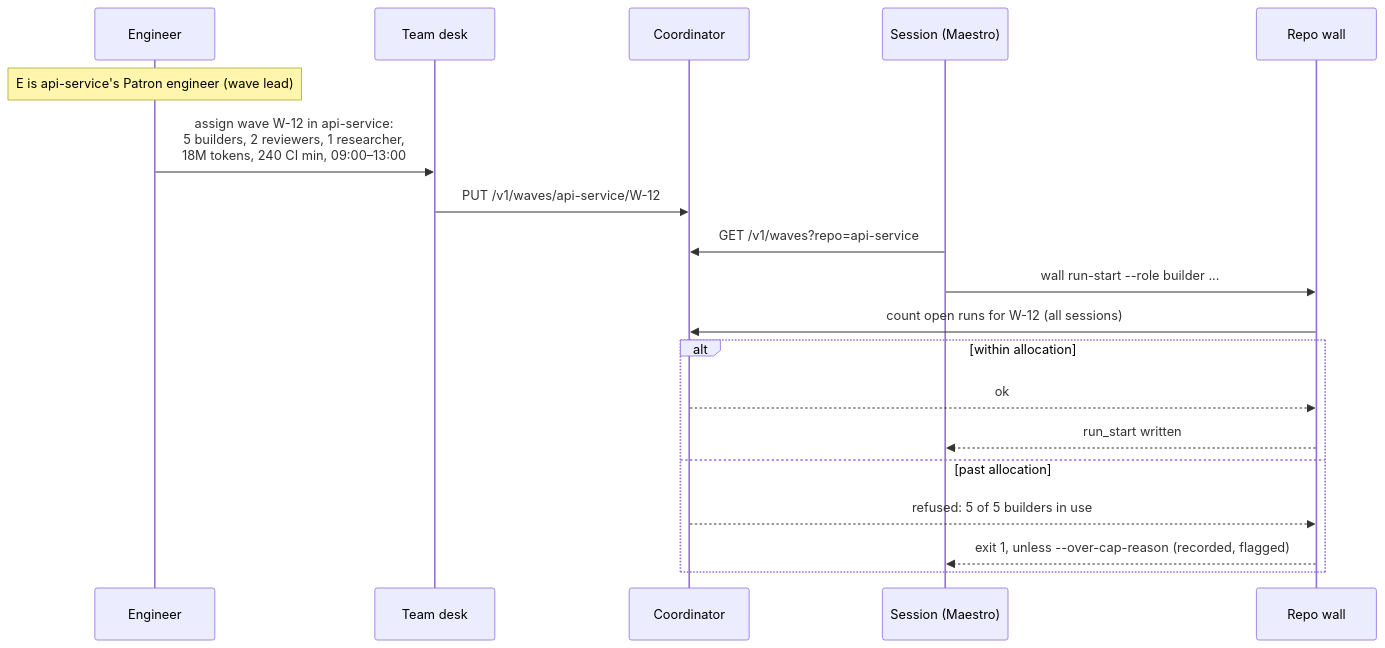
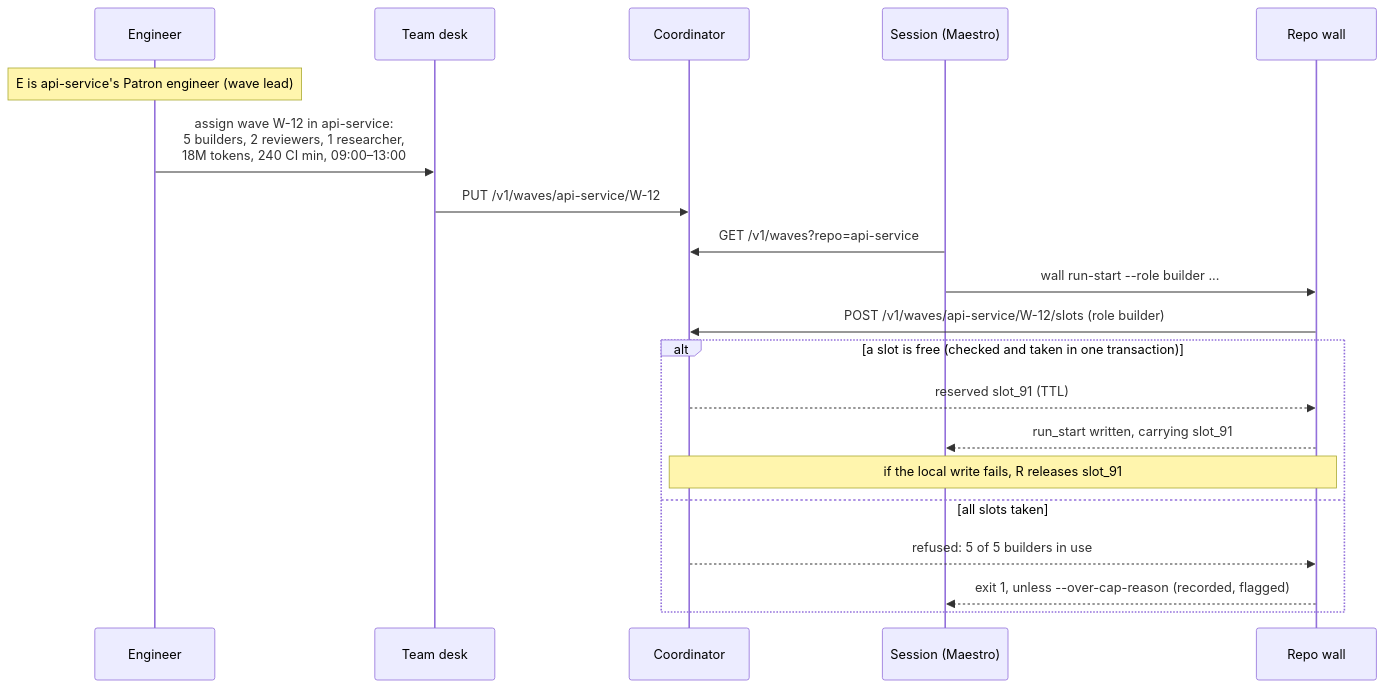
One commit to newellnarco/EngTeam-Wallkit-BluePrint changed the second of 3 diagrams in docs/FLEET_COORDINATION.md. Above: the diagram before and after it, drawn with Mermaid. The commit also changed other lines of this file and 5 other files, not shown here.

````diff
--- a/docs/FLEET_COORDINATION.md
+++ b/docs/FLEET_COORDINATION.md
@@ -258,21 +264,22 @@
 ```mermaid
 sequenceDiagram
   participant E as Engineer
   participant D as Team desk
   participant C as Coordinator
   participant S as Session (Maestro)
   participant R as Repo wall
   Note over E: E is api-service's Patron engineer (wave lead)
   E->>D: assign wave W-12 in api-service:<br/>5 builders, 2 reviewers, 1 researcher,<br/>18M tokens, 240 CI min, 09:00–13:00
   D->>C: PUT /v1/waves/api-service/W-12
   S->>C: GET /v1/waves?repo=api-service
   S->>R: wall run-start --role builder ...
-  R->>C: count open runs for W-12 (all sessions)
-  alt within allocation
-    C-->>R: ok
-    R-->>S: run_start written
-  else past allocation
+  R->>C: POST /v1/waves/api-service/W-12/slots (role builder)
+  alt a slot is free (checked and taken in one transaction)
+    C-->>R: reserved slot_91 (TTL)
+    R-->>S: run_start written, carrying slot_91
+    Note over R,C: if the local write fails, R releases slot_91
+  else all slots taken
     C-->>R: refused: 5 of 5 builders in use
     R-->>S: exit 1, unless --over-cap-reason (recorded, flagged)
   end
 ```
````
